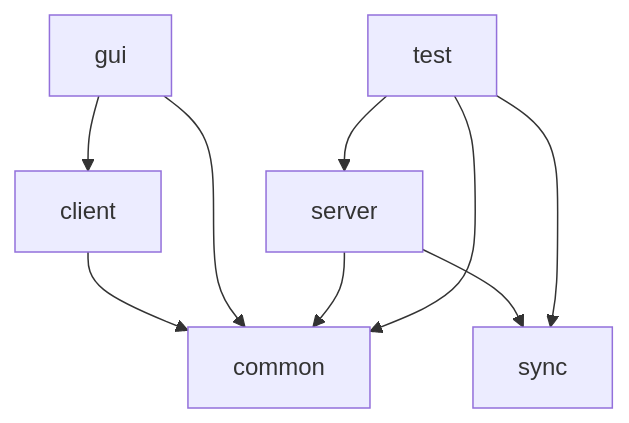
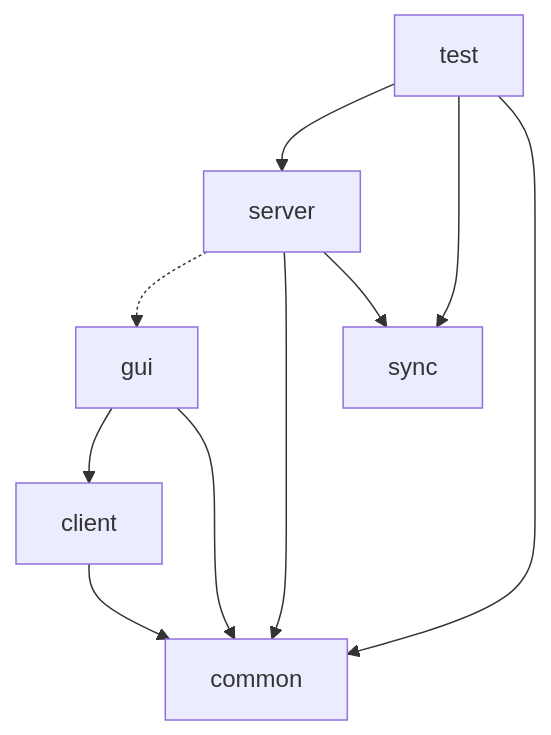
One commit to FredsonMu/IscoT-pcd changed the second of 4 diagrams in docs/02-arquitetura.md. Above: the diagram before and after it, drawn with Mermaid. The commit also changed other lines of this file and 39 other files, not shown here.

````diff
--- a/docs/02-arquitetura.md
+++ b/docs/02-arquitetura.md
@@ -36,11 +36,12 @@
 ```mermaid
 flowchart TD
   gui --> client
+  server -.-> gui
   client --> common
   gui --> common
   server --> common
   server --> sync
   test --> server
   test --> sync
   test --> common
 ```
````
